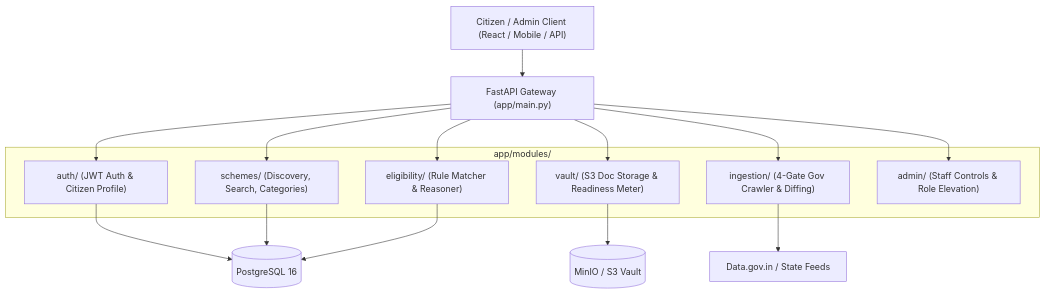
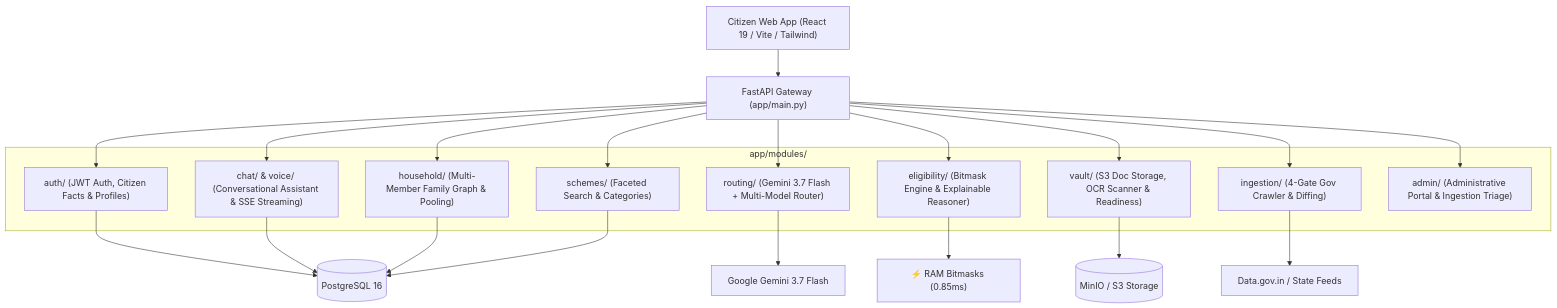
The diagram in README.md (addynoven/scheme-backend), drawn with Mermaid before and after one commit. The commit also changed other lines of this file, not shown here.

Commit message:
docs: update comprehensive README with Scheme AI frontend architecture, conversational engine, bitmask benchmarks, and household graph

````diff
--- a/README.md
+++ b/README.md
@@ -45,26 +46,35 @@
 ```mermaid
 graph TD
-    Client["Citizen / Admin Client (React / Mobile / API)"] --> FastAPI["FastAPI Gateway (app/main.py)"]
+    Client["Citizen Web App (React 19 / Vite / Tailwind)"] --> Gateway["FastAPI Gateway (app/main.py)"]
     
     subgraph Feature Modules ["app/modules/"]
-        Auth["auth/ (JWT Auth & Citizen Profile)"]
-        Schemes["schemes/ (Discovery, Search, Categories)"]
-        Elig["eligibility/ (Rule Matcher & Reasoner)"]
-        Vault["vault/ (S3 Doc Storage & Readiness Meter)"]
+        Chat["chat/ & voice/ (Conversational Assistant & SSE Streaming)"]
+        Routing["routing/ (Gemini 3.7 Flash + Multi-Model Router)"]
+        Auth["auth/ (JWT Auth, Citizen Facts & Profiles)"]
+        Household["household/ (Multi-Member Family Graph & Pooling)"]
+        Schemes["schemes/ (Faceted Search & Categories)"]
+        Elig["eligibility/ (Bitmask Engine & Explainable Reasoner)"]
+        Vault["vault/ (S3 Doc Storage, OCR Scanner & Readiness)"]
         Ingest["ingestion/ (4-Gate Gov Crawler & Diffing)"]
-        Admin["admin/ (Staff Controls & Role Elevation)"]
+        Admin["admin/ (Administrative Portal & Ingestion Triage)"]
     end
     
-    FastAPI --> Auth
-    FastAPI --> Schemes
-    FastAPI --> Elig
-    FastAPI --> Vault
-    FastAPI --> Ingest
-    FastAPI --> Admin
+    Gateway --> Chat
+    Gateway --> Routing
+    Gateway --> Auth
+    Gateway --> Household
+    Gateway --> Schemes
+    Gateway --> Elig
+    Gateway --> Vault
+    Gateway --> Ingest
+    Gateway --> Admin
     
     Auth --> PostgreSQL[("PostgreSQL 16")]
+    Chat --> PostgreSQL
+    Household --> PostgreSQL
     Schemes --> PostgreSQL
-    Elig --> PostgreSQL
-    Vault --> MinIO[("MinIO / S3 Vault")]
+    Elig --> BitmaskRAM["⚡ RAM Bitmasks (0.85ms)"]
+    Vault --> MinIO[("MinIO / S3 Storage")]
+    Routing --> GeminiAPI["Google Gemini 3.7 Flash"]
     Ingest --> GovData["Data.gov.in / State Feeds"]
 ```
````
